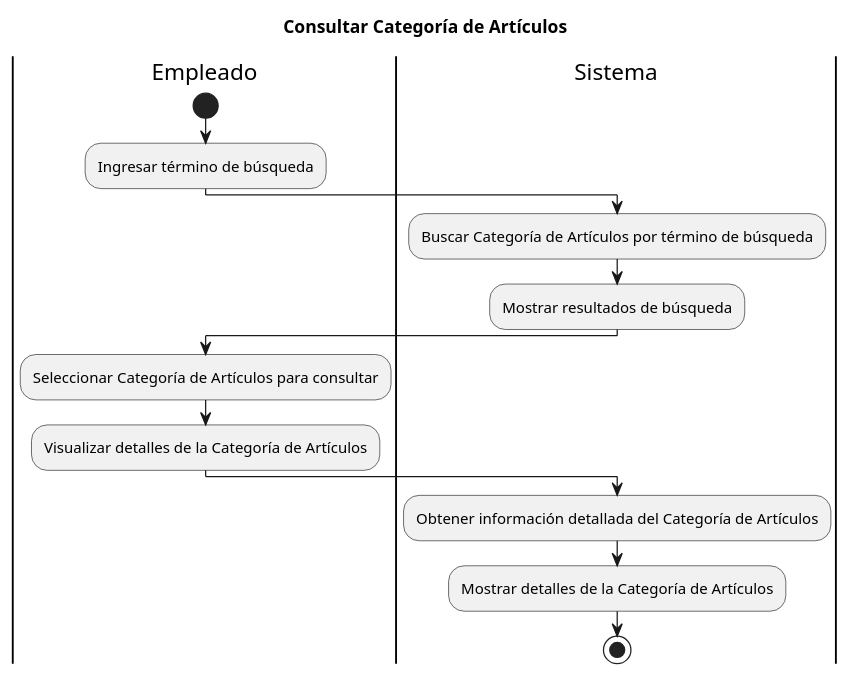
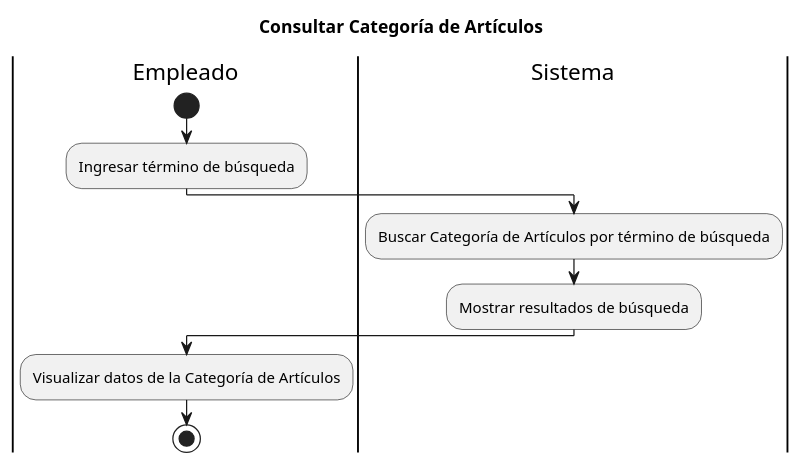
Before and after one commit to marcelolezcanodev/GarageGuru: the diagram in Diagramas/diagramas_actividades/da_consultar_categoria.plantuml, drawn with PlantUML. The commit also changed 7 other files, not shown here.

Commit message:
Agregar diagramas de actividades

```diff
--- a/Diagramas/diagramas_actividades/da_consultar_categoria.plantuml
+++ b/Diagramas/diagramas_actividades/da_consultar_categoria.plantuml
@@ -1,16 +1,12 @@
 @startuml da_consultar_Categoria
 Title Consultar Categoría de Artículos
 |Empleado|
 start
 :Ingresar término de búsqueda;
 |Sistema|
 :Buscar Categoría de Artículos por término de búsqueda;
 :Mostrar resultados de búsqueda;
 |Empleado|
-:Seleccionar Categoría de Artículos para consultar;
-:Visualizar detalles de la Categoría de Artículos;
-|Sistema|
-:Obtener información detallada del Categoría de Artículos;
-:Mostrar detalles de la Categoría de Artículos;
+:Visualizar datos de la Categoría de Artículos;
 stop
 @enduml
```
